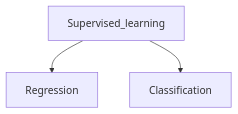
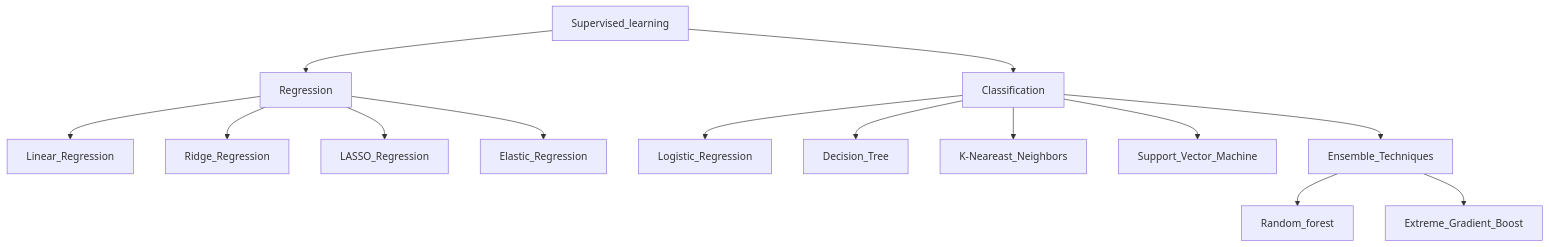
Before and after one commit to esumit-github/machine_learning: the diagram in 1.Supervised_Learning/Supervised_Learning.md, drawn with Mermaid. The commit also changed other lines of this file, not shown here.

````diff
--- a/1.Supervised_Learning/Supervised_Learning.md
+++ b/1.Supervised_Learning/Supervised_Learning.md
@@ -10,5 +10,17 @@
 ```mermaid
   graph TD;
       Supervised_learning-->Regression;
+      Regression--> Linear_Regression
+      Regression--> Ridge_Regression
+      Regression--> LASSO_Regression
+      Regression--> Elastic_Regression
       Supervised_learning-->Classification;
+      Classification--> Logistic_Regression
+      Classification--> Decision_Tree
+      Classification--> K-Neareast_Neighbors
+      Classification--> Support_Vector_Machine
+      Classification--> Ensemble_Techniques
+      Ensemble_Techniques --> Random_forest
+      Ensemble_Techniques --> Extreme_Gradient_Boost
+
 ```
````
